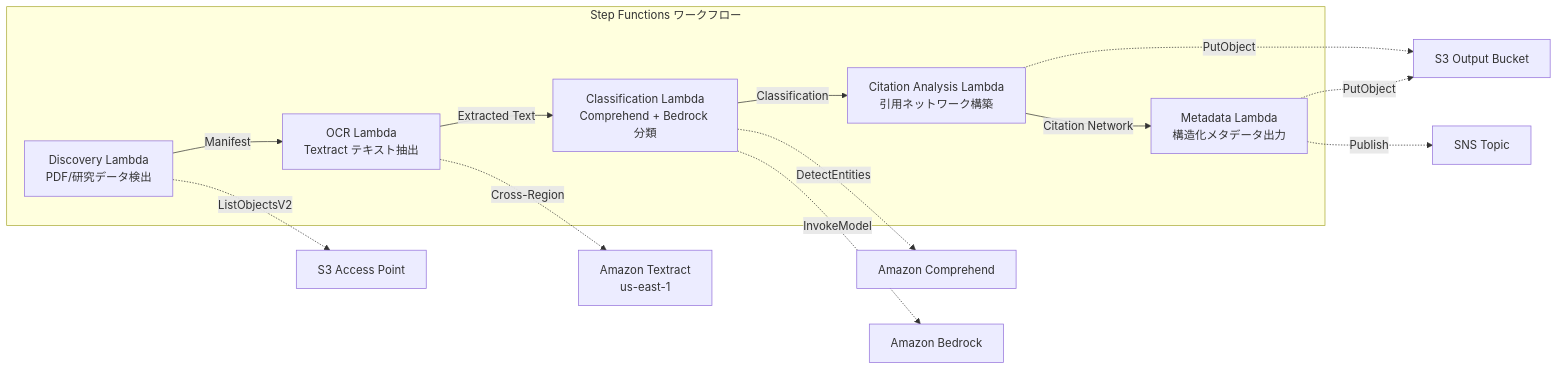
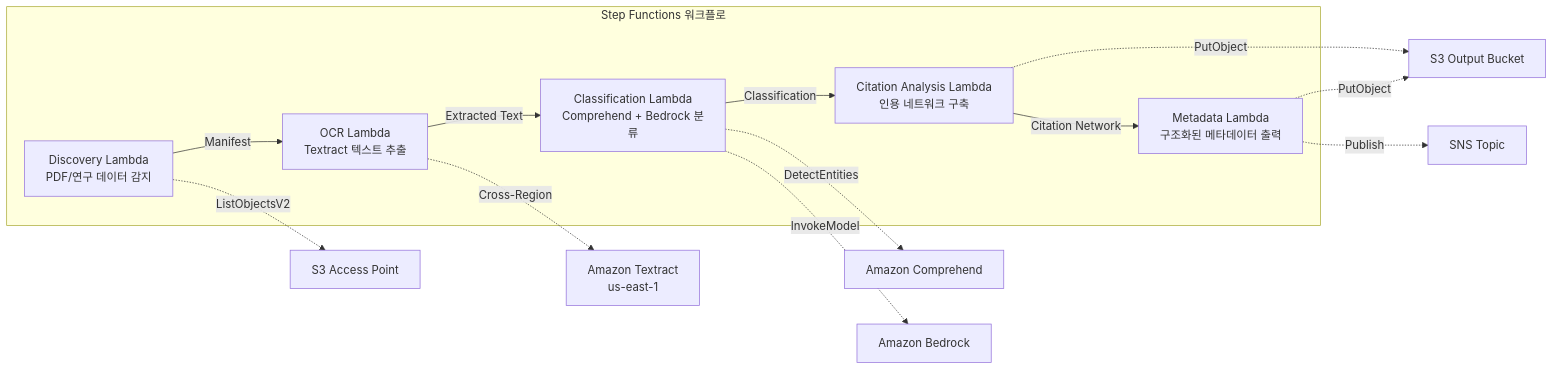
One commit to Yoshiki0705/FSx-for-ONTAP-S3AccessPoints-Serverless-Patterns changed the diagram in solutions/industry/education-research/README.ko.md. Above: the diagram before and after it, drawn with Mermaid. The commit also changed other lines of this file and 20 other files, not shown here.

````diff
--- a/solutions/industry/education-research/README.ko.md
+++ b/solutions/industry/education-research/README.ko.md
@@ -27,23 +55,23 @@
 ```mermaid
 graph LR
-    subgraph "Step Functions ワークフロー"
-        D[Discovery Lambda<br/>PDF/研究データ検出]
-        OCR[OCR Lambda<br/>Textract テキスト抽出]
-        CL[Classification Lambda<br/>Comprehend + Bedrock 分類]
-        CA[Citation Analysis Lambda<br/>引用ネットワーク構築]
-        MD[Metadata Lambda<br/>構造化メタデータ出力]
+    subgraph "Step Functions 워크플로"
+        D[Discovery Lambda<br/>PDF/연구 데이터 감지]
+        OCR[OCR Lambda<br/>Textract 텍스트 추출]
+        CL[Classification Lambda<br/>Comprehend + Bedrock 분류]
+        CA[Citation Analysis Lambda<br/>인용 네트워크 구축]
+        MD[Metadata Lambda<br/>구조화된 메타데이터 출력]
     end
 
     D -->|Manifest| OCR
     OCR -->|Extracted Text| CL
     CL -->|Classification| CA
     CA -->|Citation Network| MD
 
     D -.->|ListObjectsV2| S3AP[S3 Access Point]
     OCR -.->|Cross-Region| Textract[Amazon Textract<br/>us-east-1]
     CL -.->|DetectEntities| Comprehend[Amazon Comprehend]
     CL -.->|InvokeModel| Bedrock[Amazon Bedrock]
     CA -.->|PutObject| S3OUT[S3 Output Bucket]
     MD -.->|PutObject| S3OUT
     MD -.->|Publish| SNS[SNS Topic]
 ```
````
